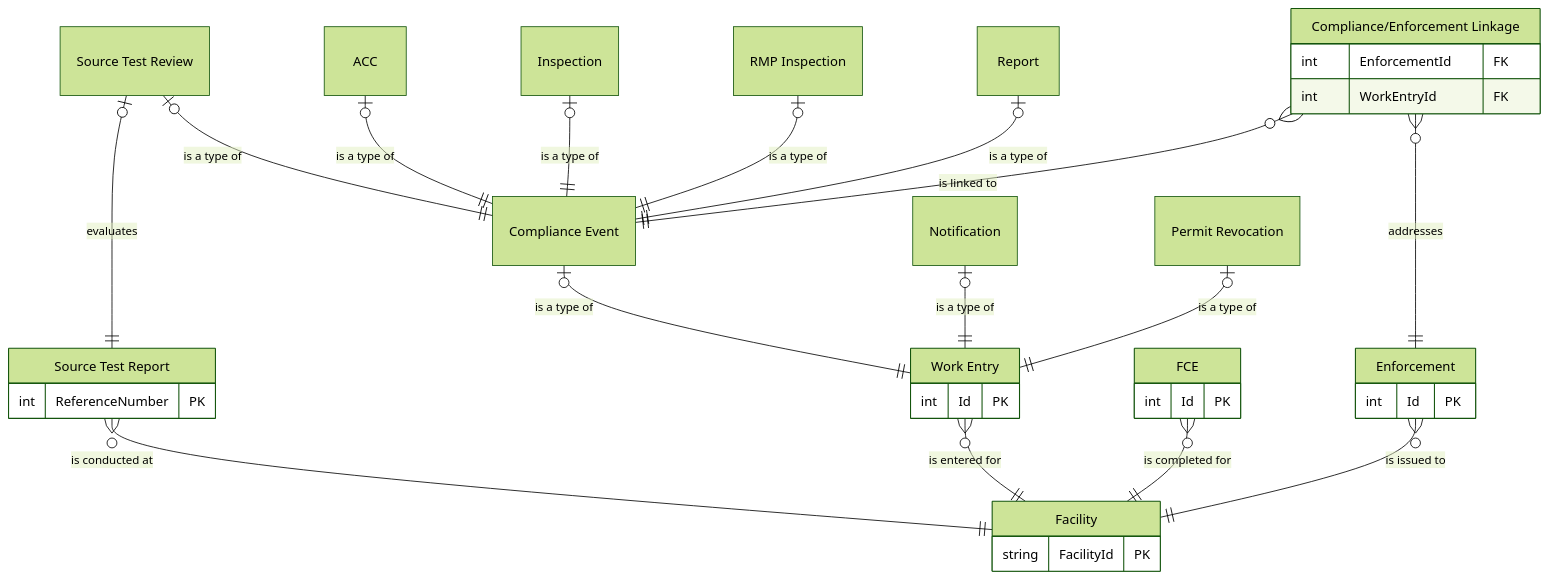
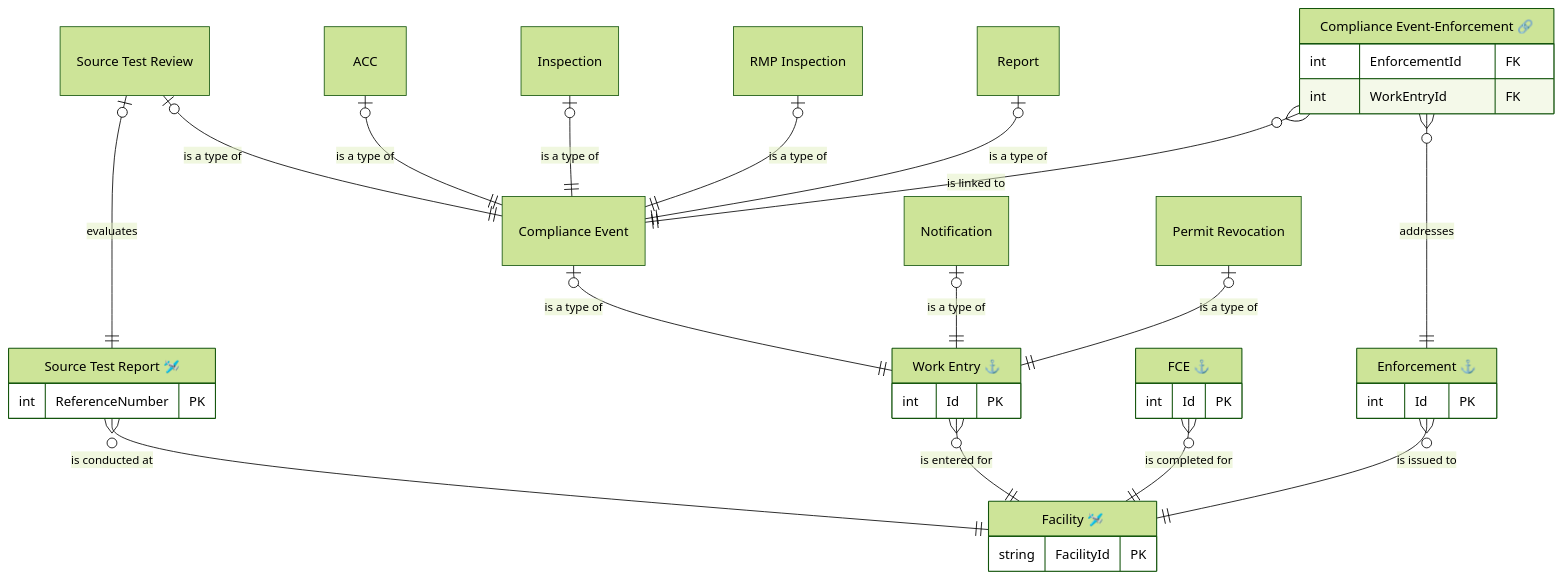
Before and after one commit to gaepdit/air-web: the diagram in docs/Workflows/Compliance.md, drawn with Mermaid (forest theme). The commit also changed 21 other files, not shown here.

Commit message:
Add Work Entry entities to EF repository

````diff
--- a/docs/Workflows/Compliance.md
+++ b/docs/Workflows/Compliance.md
@@ -28,61 +28,60 @@
 ```mermaid
 erDiagram
-
-FAC["Facility"] {
+    FAC["Facility 🛩️"] {
     string FacilityId PK
 }
 
-TST["Source Test Report"] {
+    TST["Source Test Report 🛩️"] {
     int ReferenceNumber PK
 }
 
-FCE["FCE"] {
+    FCE["FCE ⚓"] {
     int Id PK
 }
 
-WRK["Work Entry"] {
+    WRK["Work Entry ⚓"] {
     int Id PK
 }
 
     CME["Compliance Event"]
 
         STR["Source Test Review"]
         ACC["ACC"]
         INS["Inspection"]
         RMP["RMP Inspection"]
         REP["Report"]
 
     NOT["Notification"]
     
     REV["Permit Revocation"]
 
-ENF["Enforcement"] {
+    ENF["Enforcement ⚓"] {
     int Id PK
 }
 
-CEL["Compliance/Enforcement Linkage"] {
+    CEL["Compliance Event-Enforcement 🔗"] {
     int EnforcementId FK
     int WorkEntryId FK
 }
 
 STR |o--|| CME : "is a type of"
 ACC |o--|| CME : "is a type of"
 INS |o--|| CME : "is a type of"
 RMP |o--|| CME : "is a type of"
 REP |o--|| CME : "is a type of"
 
 CME |o--|| WRK : "is a type of"
 NOT |o--|| WRK : "is a type of"
 REV |o--|| WRK : "is a type of"
 
 STR |o--|| TST : "evaluates"
 
 TST }o--|| FAC : "is conducted at"
 WRK }o--|| FAC : "is entered for"
 FCE }o--|| FAC : "is completed for"
 ENF }o--|| FAC : "is issued to"
 
 CEL }o--|| ENF : "addresses"
 CEL }o--|| CME : "is linked to"
 
 ```
````
